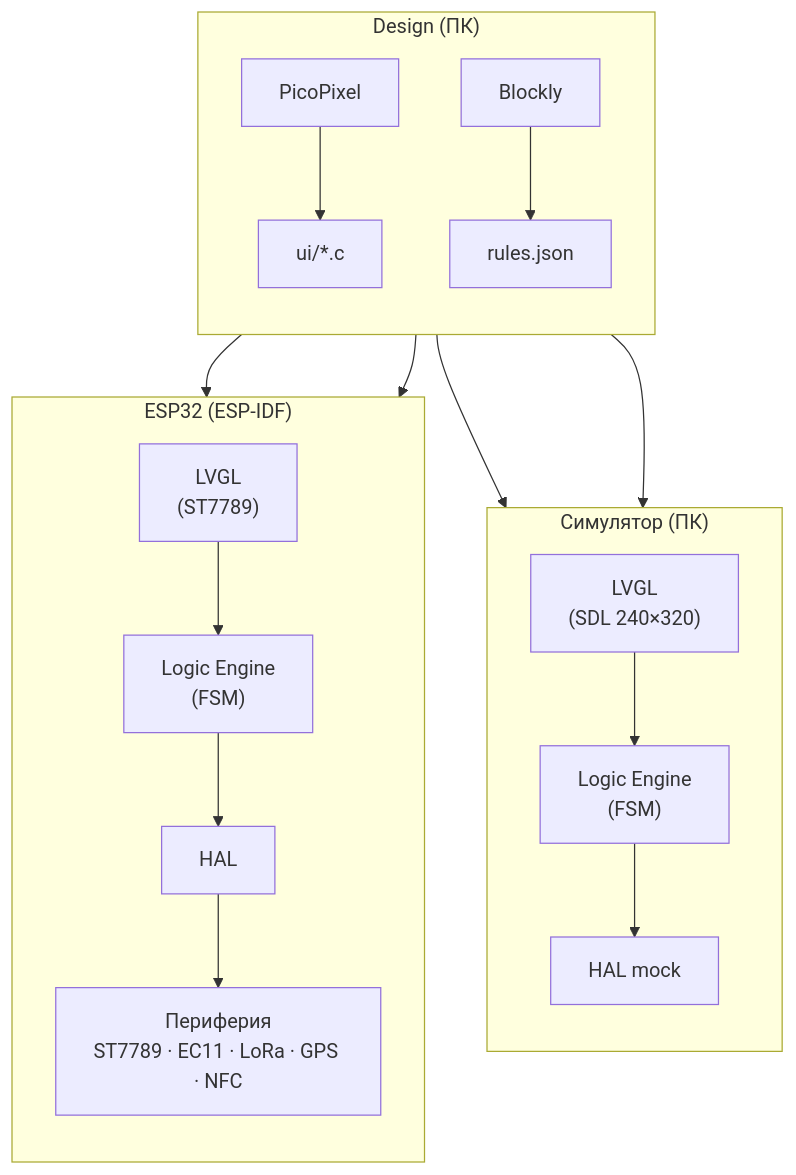
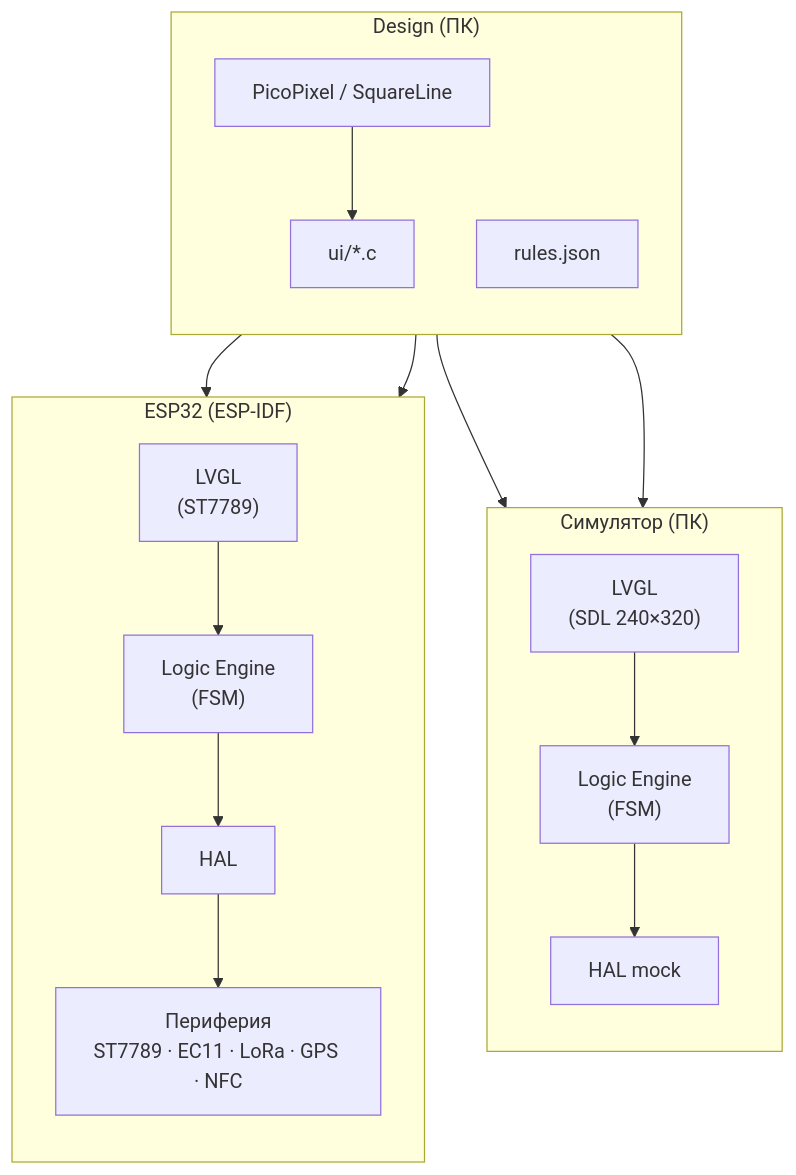
The diagram in README.md (danil-murashkin/gametracker), drawn with Mermaid before and after one commit. The commit also changed other lines of this file and 49 other files, not shown here.

````diff
--- a/README.md
+++ b/README.md
@@ -11,51 +11,50 @@
 ```mermaid
 flowchart TB
 
 %% =======================
 %% SIMULATOR
 %% =======================
 subgraph S["Симулятор (ПК)"]
     direction TB
     s_lvgl["LVGL\n(SDL 240×320)"]
     s_le["Logic Engine\n(FSM)"]
     s_hal["HAL mock"]
 
     s_lvgl --> s_le --> s_hal
 end
 
 %% =======================
 %% DESIGN
 %% =======================
 subgraph D["Design (ПК)"]
     direction TB
-    PP["PicoPixel"]
+    PP["PicoPixel / SquareLine"]
     UI["ui/*.c"]
-    BL["Blockly"]
     RJ["rules.json"]
 
     PP --> UI
-    BL --> RJ
+    RJ
 end
 
 %% =======================
 %% ESP32
 %% =======================
 subgraph E["ESP32 (ESP-IDF)"]
     direction TB
     e_lvgl["LVGL\n(ST7789)"]
     e_le["Logic Engine\n(FSM)"]
     e_hal["HAL"]
     e_hw["Периферия\nST7789 · EC11 · LoRa · GPS · NFC"]
 
     e_lvgl --> e_le --> e_hal --> e_hw
 end
 
 %% =======================
 %% CROSS LINKS
 %% =======================
 UI --> s_lvgl
 UI --> e_lvgl
 
 RJ --> s_le
 RJ --> e_le
 ```
````
